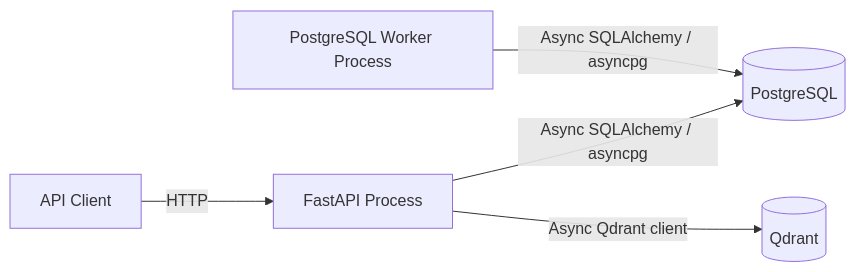
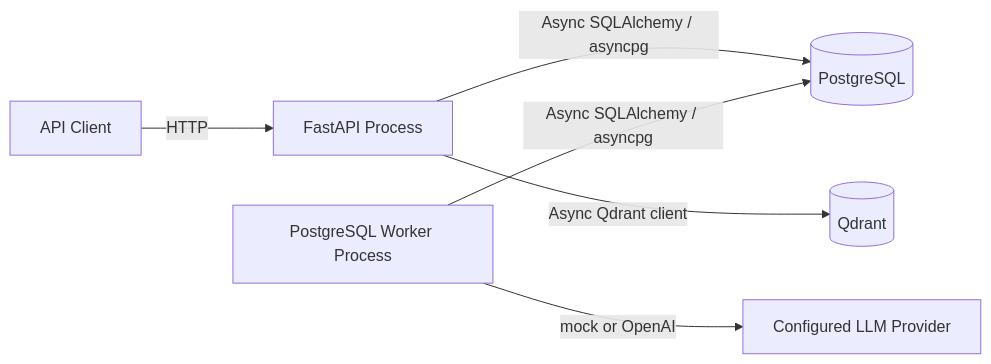
Before and after one commit to philgodoy96/supportops-ai-platform: the first of 8 diagrams in docs/architecture/runtime-topology.md, drawn with Mermaid. The commit also changed other lines of this file and 6 other files, not shown here.

````diff
--- a/docs/architecture/runtime-topology.md
+++ b/docs/architecture/runtime-topology.md
@@ -18,13 +19,15 @@
 ```mermaid
 flowchart LR
     Client[API Client]
     API[FastAPI Process]
     Worker[PostgreSQL Worker Process]
     PostgreSQL[(PostgreSQL)]
     Qdrant[(Qdrant)]
+    Provider[Configured LLM Provider]
 
     Client -->|HTTP| API
     API -->|Async SQLAlchemy / asyncpg| PostgreSQL
     Worker -->|Async SQLAlchemy / asyncpg| PostgreSQL
     API -->|Async Qdrant client| Qdrant
+    Worker -->|mock or OpenAI| Provider
 ```
````
